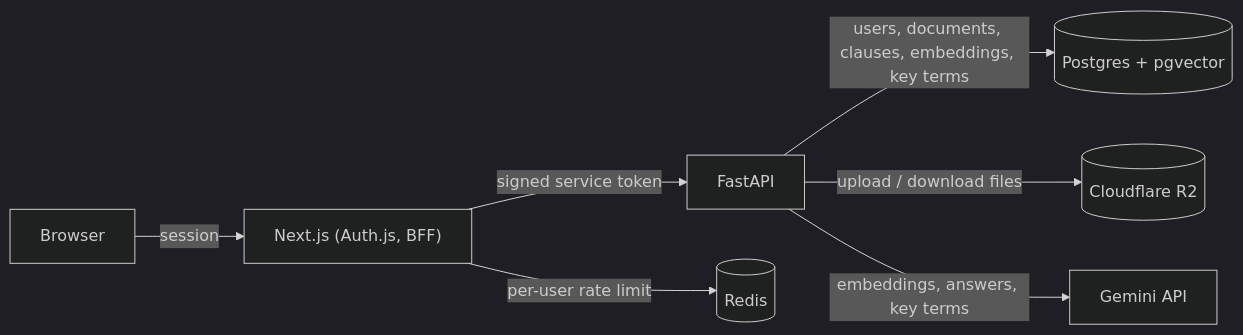
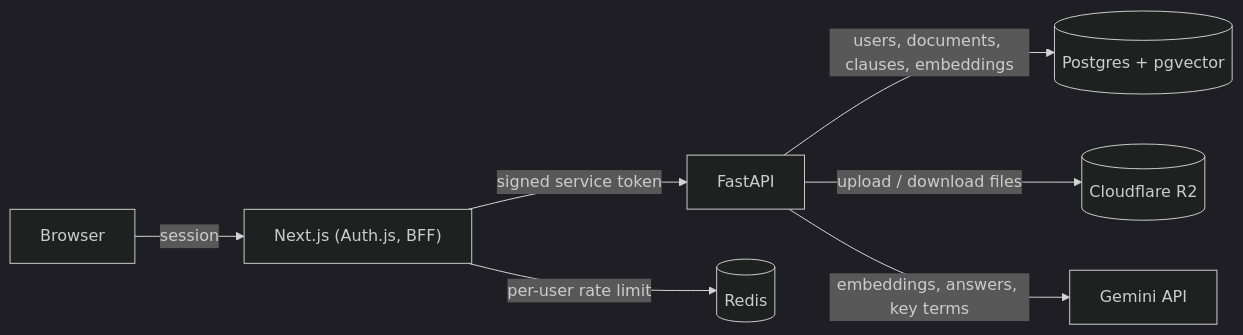
One commit to iamshrey10/Brief changed the diagram in README.md. Above: the diagram before and after it, drawn with Mermaid (dark theme). The commit also changed other lines of this file and 28 other files, not shown here.

````diff
--- a/README.md
+++ b/README.md
@@ -70,17 +55,17 @@
 ```mermaid
 flowchart LR
     Browser["Browser"]
     Web["Next.js (Auth.js, BFF)"]
     API["FastAPI"]
     DB[("Postgres + pgvector")]
     Redis[("Redis")]
     R2[("Cloudflare R2")]
     Gemini["Gemini API"]
 
     Browser -- session --> Web
     Web -- per-user rate limit --> Redis
     Web -- signed service token --> API
-    API -- users, documents, clauses, embeddings, key terms --> DB
+    API -- users, documents, clauses, embeddings --> DB
     API -- upload / download files --> R2
     API -- embeddings, answers, key terms --> Gemini
 ```
````
